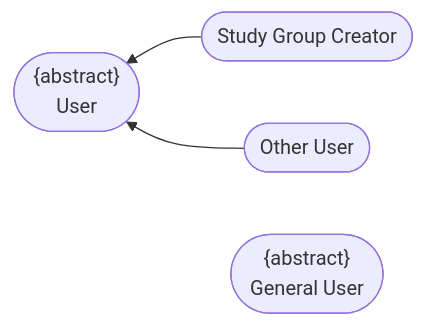
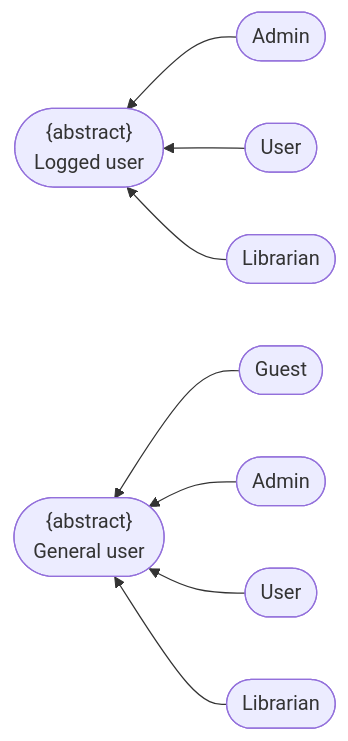
One commit to DuyNhat1705/AmeThyst-Library changed the first of 2 diagrams in docs/use case specification/Study_group.md. Above: the diagram before and after it, drawn with Mermaid. The commit also changed other lines of this file and 2 other files, not shown here.

Commit message:
Removing abstract usecase (Admin, Librarian, Study_group)

````diff
--- a/docs/use case specification/Study_group.md
+++ b/docs/use case specification/Study_group.md
@@ -44,12 +40,26 @@
 ```mermaid
 flowchart RL
-    L1(["<center>{abstract} <br> User</center>"])
+    L1(["<center>{abstract} <br> Logged user</center>"])
 
-    L2_1([Study Group Creator])
-    L2_2([Other User])
+    L2_1([Admin])
+    L2_2([User])
+    L2_3([Librarian])
 
-    L3(["<center>{abstract} <br> General User</center>"])
+    L3(["<center>{abstract} <br> General user</center>"])
+
+    L4_1([Guest])
+    L4_2([Admin])
+    L4_3([User])
+    L4_4([Librarian])
 
     L2_1 --> L1
     L2_2 --> L1
+    L2_3 --> L1
+ 
+    L4_1 --> L3
+    L4_2 --> L3
+    L4_3 --> L3
+    L4_4 --> L3
+
+    
 ```
````
